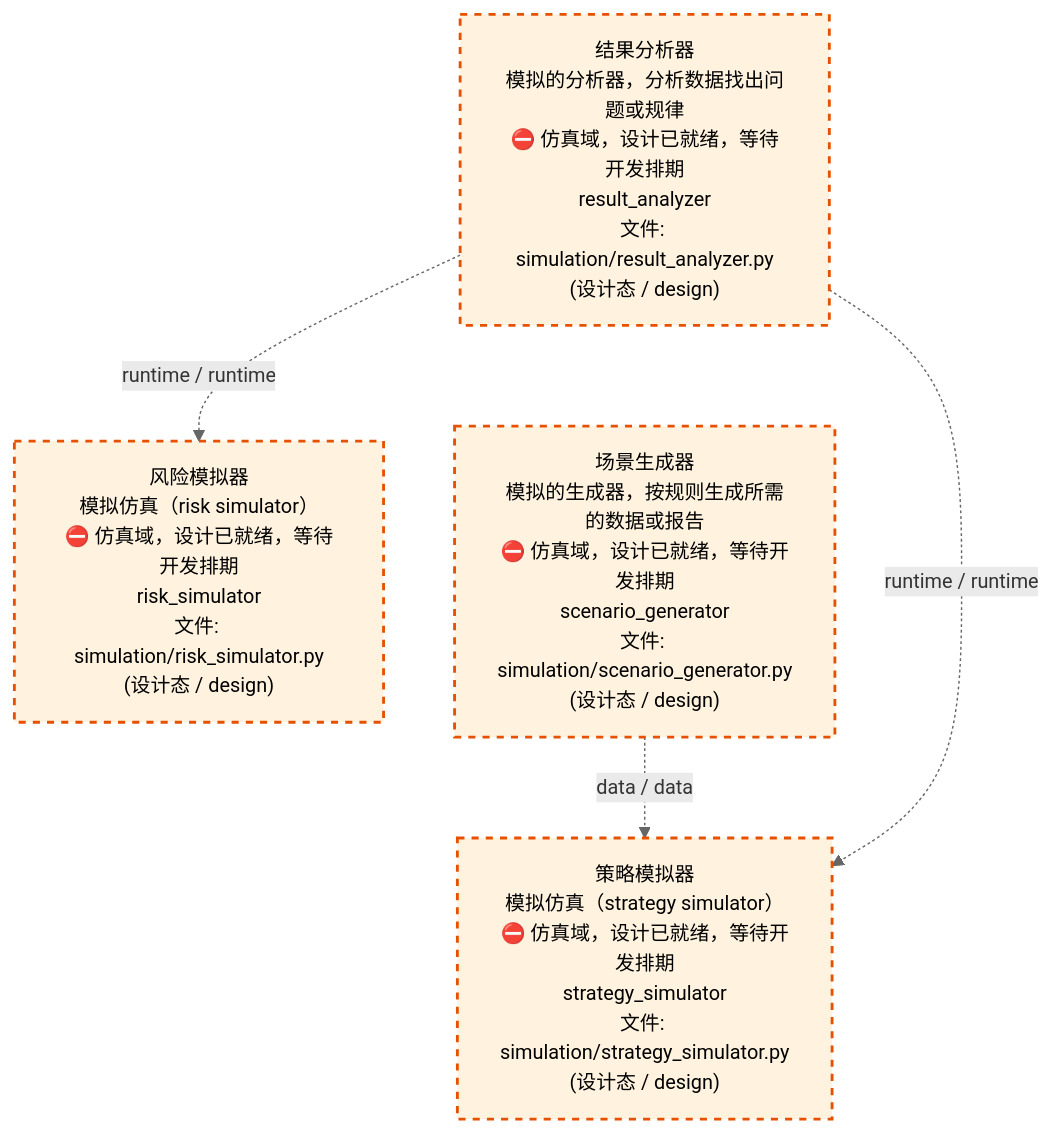
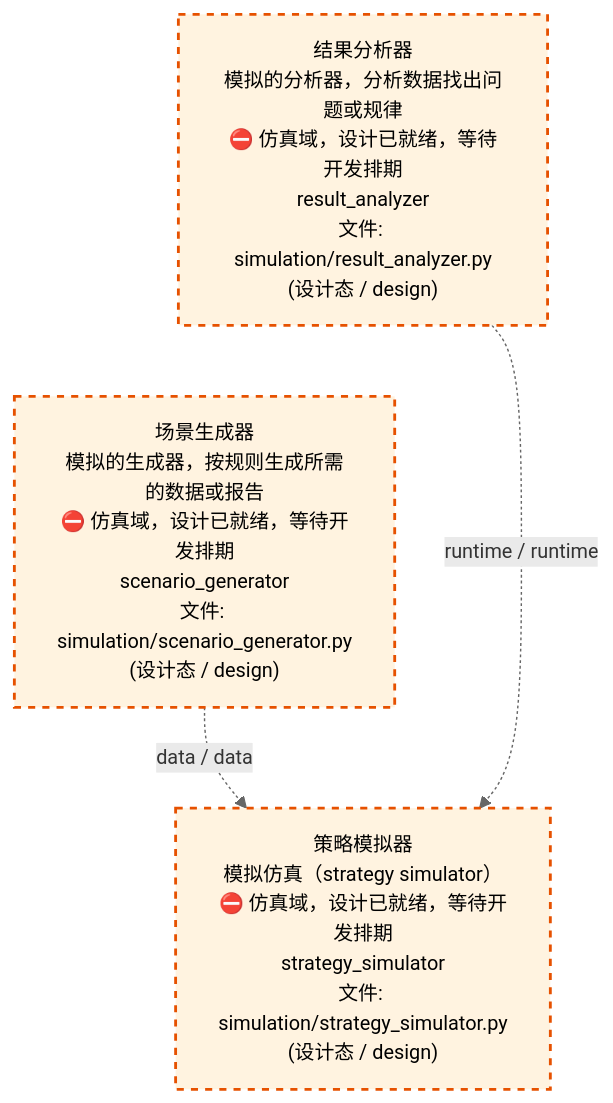
The third of 4 diagrams in docs/02_enterprise_architecture/02_domain_architecture_docs/70_d_simulation.md (xuanFelixVan/ZephyrAlpha), drawn with Mermaid before and after one commit. The commit also changed other lines of this file and 8 other files, not shown here.

````diff
--- a/docs/02_enterprise_architecture/02_domain_architecture_docs/70_d_simulation.md
+++ b/docs/02_enterprise_architecture/02_domain_architecture_docs/70_d_simulation.md
@@ -151,18 +154,15 @@
 ```mermaid
 %%{init: {'theme': 'base', 'themeVariables': {'primaryColor': '#eaeaea', 'primaryTextColor': '#333333', 'primaryBorderColor': '#666666', 'lineColor': '#666666', 'secondaryColor': '#eaeaea', 'tertiaryColor': '#eaeaea', 'fontSize': '14px'}}}%%
 flowchart TD
     src_zephyr_simulation_result_analyzer_py["结果分析器<br/>模拟的分析器，分析数据找出问题或规律<br/>⛔ 仿真域，设计已就绪，等待开发排期<br/>result_analyzer<br/>文件: simulation/result_analyzer.py<br/>(设计态 / design)"]
     src_zephyr_simulation_scenario_generator_py["场景生成器<br/>模拟的生成器，按规则生成所需的数据或报告<br/>⛔ 仿真域，设计已就绪，等待开发排期<br/>scenario_generator<br/>文件: simulation/scenario_generator.py<br/>(设计态 / design)"]
     src_zephyr_simulation_result_analyzer_py ~~~ src_zephyr_simulation_scenario_generator_py
-    src_zephyr_simulation_risk_simulator_py["风险模拟器<br/>模拟仿真（risk simulator）<br/>⛔ 仿真域，设计已就绪，等待开发排期<br/>risk_simulator<br/>文件: simulation/risk_simulator.py<br/>(设计态 / design)"]
     src_zephyr_simulation_strategy_simulator_py["策略模拟器<br/>模拟仿真（strategy simulator）<br/>⛔ 仿真域，设计已就绪，等待开发排期<br/>strategy_simulator<br/>文件: simulation/strategy_simulator.py<br/>(设计态 / design)"]
-    src_zephyr_simulation_risk_simulator_py ~~~ src_zephyr_simulation_strategy_simulator_py
     src_zephyr_simulation_scenario_generator_py -.->|data / data| src_zephyr_simulation_strategy_simulator_py
     src_zephyr_simulation_result_analyzer_py -.->|runtime / runtime| src_zephyr_simulation_strategy_simulator_py
-    src_zephyr_simulation_result_analyzer_py -.->|runtime / runtime| src_zephyr_simulation_risk_simulator_py
     classDef production fill:#e1f5fe,stroke:#01579b,stroke-width:2px,color:#000
     classDef design fill:#fff3e0,stroke:#e65100,stroke-width:2px,color:#000,stroke-dasharray: 5 5
     classDef external_prod fill:#e8f4fd,stroke:#0277bd,stroke-width:1px,color:#000
     classDef external_design fill:#fff8e7,stroke:#ef6c00,stroke-width:1px,color:#000,stroke-dasharray: 5 5
-    class src_zephyr_simulation_result_analyzer_py,src_zephyr_simulation_risk_simulator_py,src_zephyr_simulation_scenario_generator_py,src_zephyr_simulation_strategy_simulator_py design
+    class src_zephyr_simulation_result_analyzer_py,src_zephyr_simulation_scenario_generator_py,src_zephyr_simulation_strategy_simulator_py design
 ```
````
